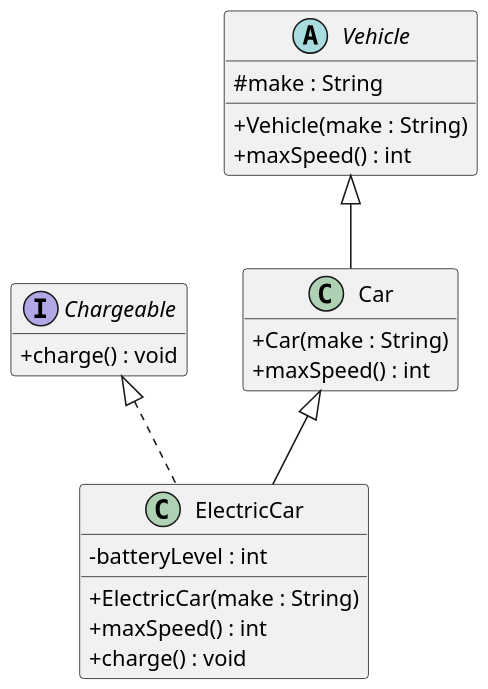
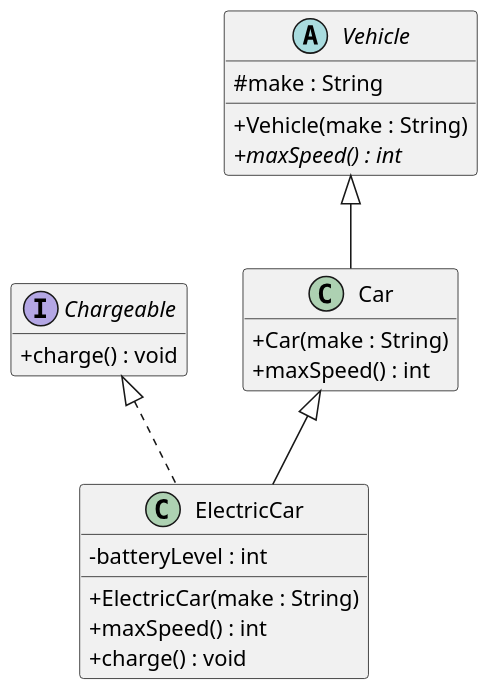
Before and after one commit to SirSaliver/207-course-notes: the diagram in plantuml/exercises/vehicles-uml-starter.puml, drawn with PlantUML.

Commit message:
UML Corrected

```diff
--- a/plantuml/exercises/vehicles-uml-starter.puml
+++ b/plantuml/exercises/vehicles-uml-starter.puml
@@ -1,51 +1,51 @@
 @startuml
 skinparam dpi 150
 skinparam classAttributeIconSize 0
 hide empty members
 
 ' Your task (Chapter 3, Question 2): draw the UML class diagram for the
 ' Vehicle / Car / ElectricCar / Chargeable code.
 '
 ' Define each type as a box, then connect them with the right arrows. One box
 ' (Chargeable) is filled in as an example — complete the other three and add the
 ' relationships.
 '
 ' PlantUML cheat-sheet:
 '   interface Name { + method() : Type }
 '   abstract class Name { # field : Type }
 '   class Name { - field : Type }
 '   Parent    <|-- Child    ' generalization: Child extends Parent
 '   Interface <|.. Class    ' realization:    Class implements Interface
 ' (Putting the parent/interface on the LEFT of the arrow keeps it on top.)
 
 interface Chargeable {
   + charge() : void
 }
 
 abstract class Vehicle {
   # make : String
   + Vehicle(make : String)
-  + maxSpeed() : int
+  + {abstract} maxSpeed() : int
 }
 
 class Car {
   + Car(make : String)
   + maxSpeed() : int
 }
 
 class ElectricCar {
   - batteryLevel : int
   + ElectricCar(make : String)
   + maxSpeed() : int
   + charge() : void
 }
 
 ' Generalization
 Vehicle <|-- Car
 Car <|-- ElectricCar
 
 ' Realization
 Chargeable <|.. ElectricCar
 
 
 @enduml
```
